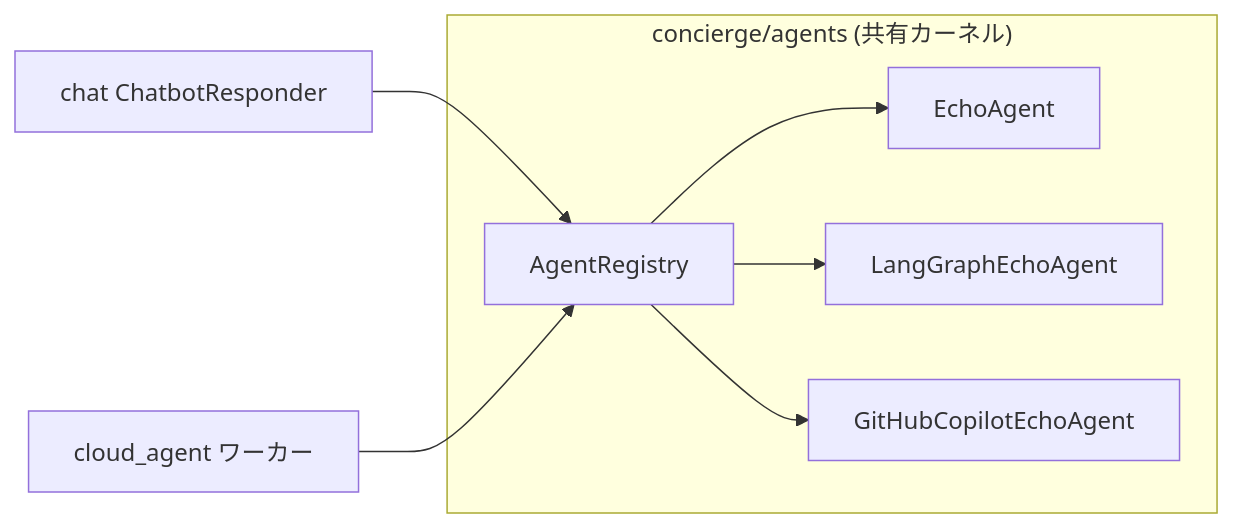
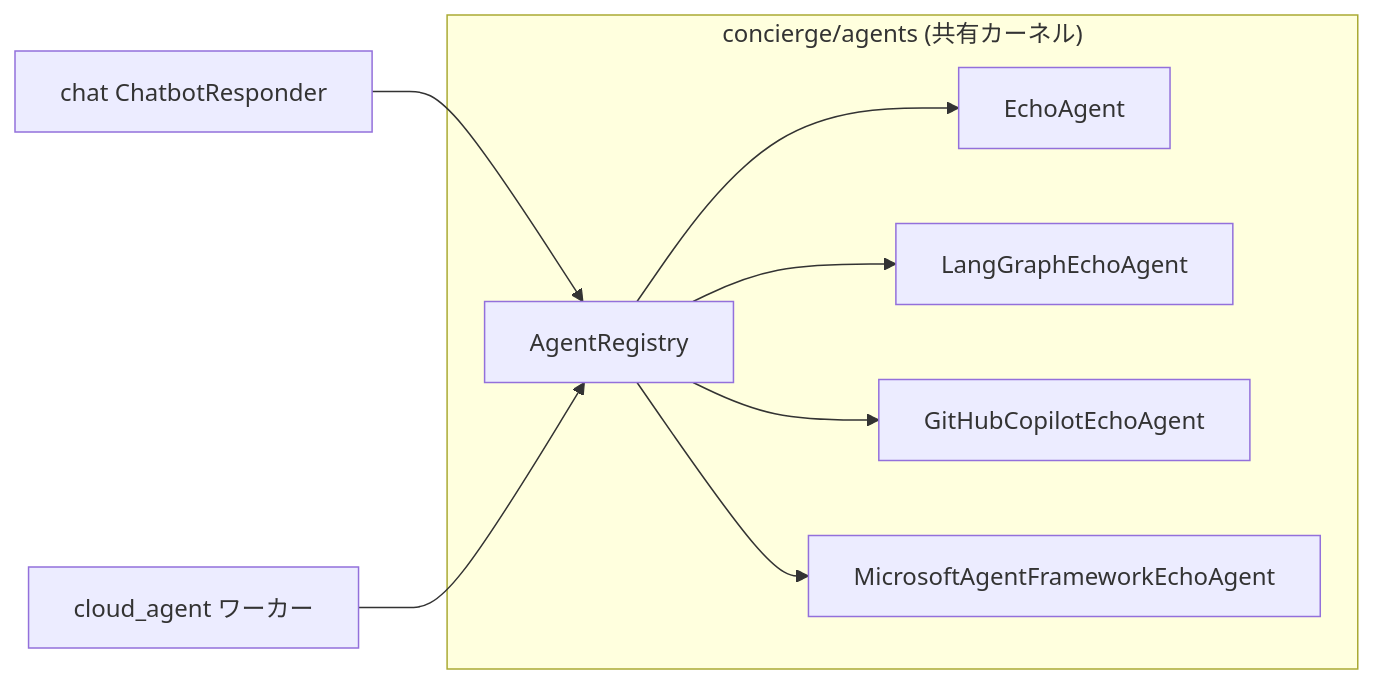
One commit to ks6088ts-labs/concierge changed the diagram in docs/agents/index.ja.md. Above: the diagram before and after it, drawn with Mermaid. The commit also changed other lines of this file and 6 other files, not shown here.

Commit message:
feat(agent): add Microsoft Agent Framework echo agent configuration and documentation

````diff
--- a/docs/agents/index.ja.md
+++ b/docs/agents/index.ja.md
@@ -13,14 +13,16 @@
 ```mermaid
 flowchart LR
     chat[chat ChatbotResponder] --> Registry
     cloud_agent[cloud_agent ワーカー] --> Registry
     Registry[AgentRegistry] --> Echo[EchoAgent]
     Registry --> LGE[LangGraphEchoAgent]
     Registry --> GCE[GitHubCopilotEchoAgent]
+    Registry --> MAF[MicrosoftAgentFrameworkEchoAgent]
     subgraph agents["concierge/agents (共有カーネル)"]
         Registry
         Echo
         LGE
         GCE
+        MAF
     end
 ```
````
